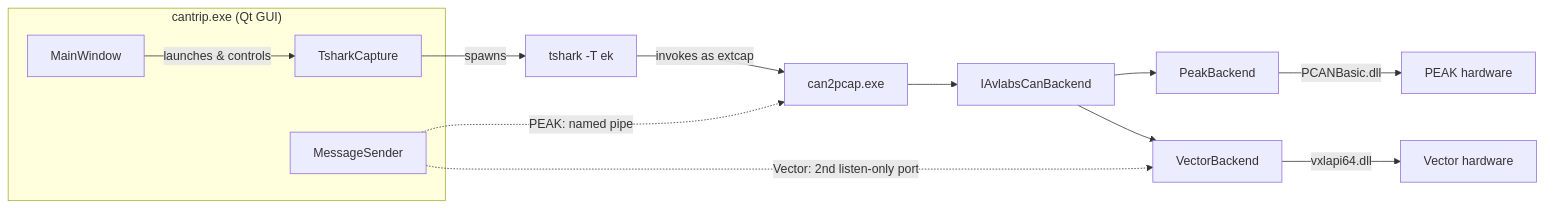
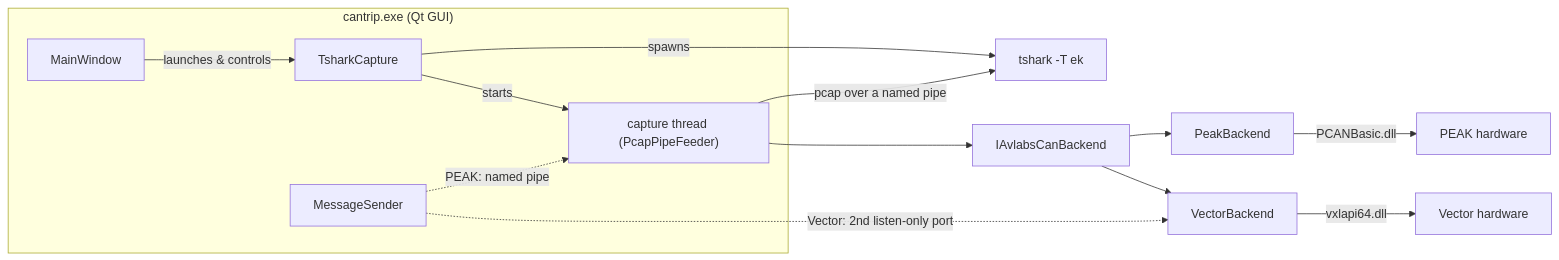
Before and after one commit to avmolaei/CANtrip: the diagram in docs/architecture/overview.md, drawn with Mermaid. The commit also changed other lines of this file and 3 other files, not shown here.

````diff
--- a/docs/architecture/overview.md
+++ b/docs/architecture/overview.md
@@ -24,22 +19,24 @@
 ```mermaid
 graph LR
     subgraph gui["cantrip.exe (Qt GUI)"]
         MW["MainWindow"]
         TC["TsharkCapture"]
         MS["MessageSender"]
+        CP["capture thread (PcapPipeFeeder)"]
     end
 
     MW -->|launches & controls| TC
     TC -->|spawns| TS["tshark -T ek"]
-    TS -->|invokes as extcap| CP["can2pcap.exe"]
+    CP -->|pcap over a named pipe| TS
+    TC -->|starts| CP
 
     CP --> IB["IAvlabsCanBackend"]
     IB --> PB["PeakBackend"]
     IB --> VB["VectorBackend"]
 
     PB -->|"PCANBasic.dll"| PH["PEAK hardware"]
     VB -->|"vxlapi64.dll"| VH["Vector hardware"]
 
     MS -.->|"Vector: 2nd listen-only port"| VB
     MS -.->|"PEAK: named pipe"| CP
 ```
````
